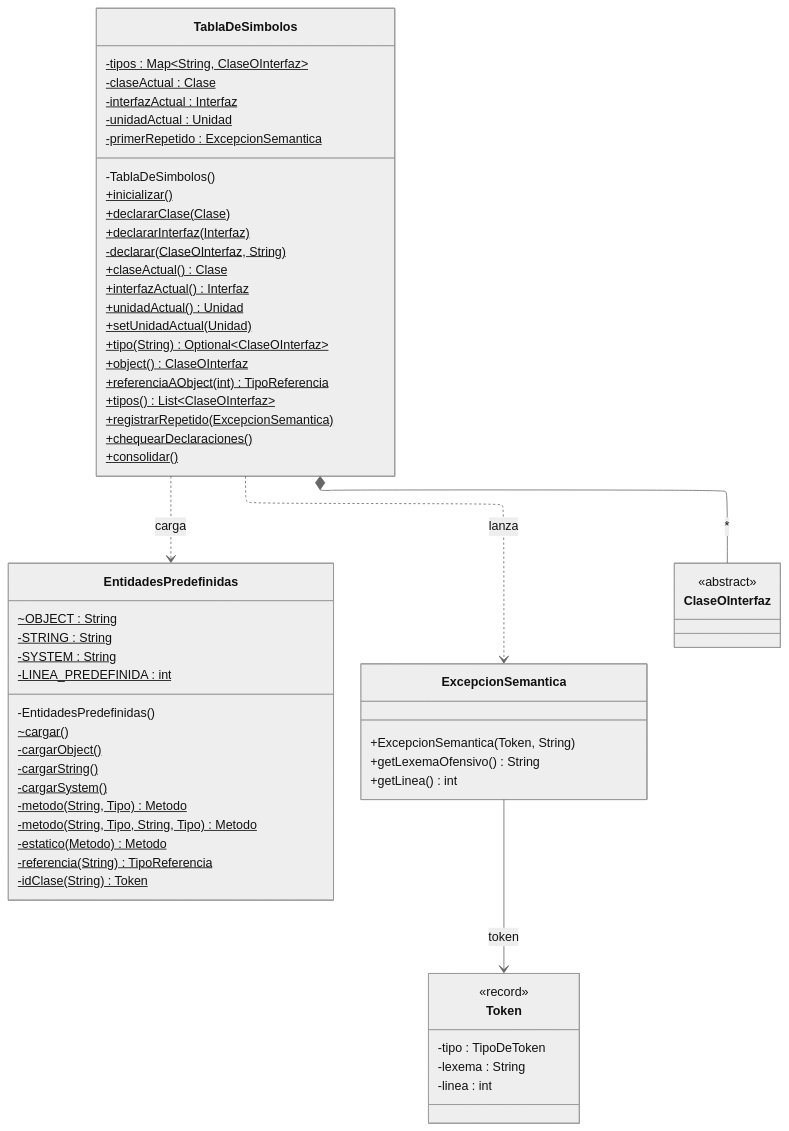
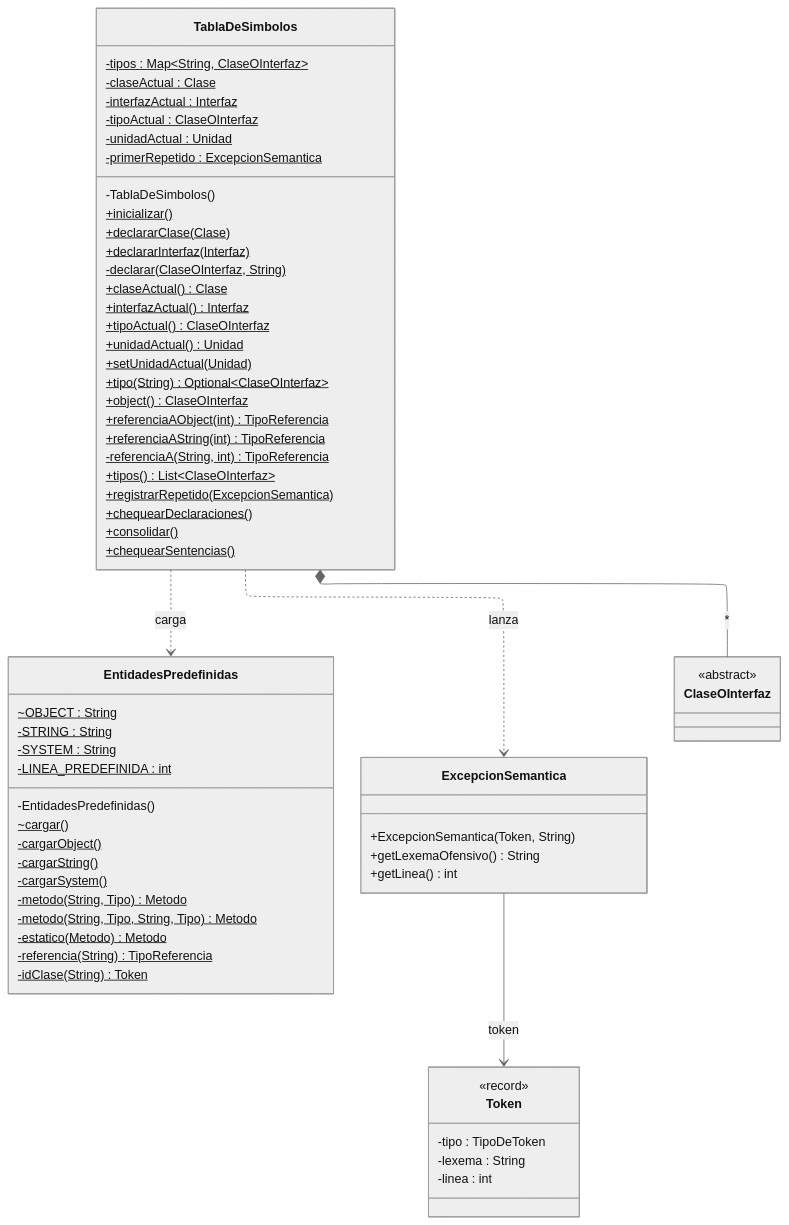
The second of 5 diagrams in documentacion/semantico/arquitectura-del-analizador-semantico.md (agustinpaul0/Proyecto-CEI), drawn with Mermaid (neutral theme) before and after one commit. The commit also changed other lines of this file and 795 other files, not shown here.

````diff
--- a/documentacion/semantico/arquitectura-del-analizador-semantico.md
+++ b/documentacion/semantico/arquitectura-del-analizador-semantico.md
@@ -60,65 +61,70 @@
 ```mermaid
 ---
 config:
   layout: elk
 ---
 classDiagram
     direction TB
     class TablaDeSimbolos {
         -tipos : Map~String, ClaseOInterfaz~$
         -claseActual : Clase$
         -interfazActual : Interfaz$
+        -tipoActual : ClaseOInterfaz$
         -unidadActual : Unidad$
         -primerRepetido : ExcepcionSemantica$
         -TablaDeSimbolos()
         +inicializar()$
         +declararClase(Clase)$
         +declararInterfaz(Interfaz)$
         -declarar(ClaseOInterfaz, String)$
         +claseActual()$ Clase
         +interfazActual()$ Interfaz
+        +tipoActual()$ ClaseOInterfaz
         +unidadActual()$ Unidad
         +setUnidadActual(Unidad)$
         +tipo(String)$ Optional~ClaseOInterfaz~
         +object()$ ClaseOInterfaz
         +referenciaAObject(int)$ TipoReferencia
+        +referenciaAString(int)$ TipoReferencia
+        -referenciaA(String, int)$ TipoReferencia
         +tipos()$ List~ClaseOInterfaz~
         +registrarRepetido(ExcepcionSemantica)$
         +chequearDeclaraciones()$
         +consolidar()$
+        +chequearSentencias()$
     }
     class EntidadesPredefinidas {
         ~OBJECT : String$
         -STRING : String$
         -SYSTEM : String$
         -LINEA_PREDEFINIDA : int$
         -EntidadesPredefinidas()
         ~cargar()$
         -cargarObject()$
         -cargarString()$
         -cargarSystem()$
         -metodo(String, Tipo)$ Metodo
         -metodo(String, Tipo, String, Tipo)$ Metodo
         -estatico(Metodo)$ Metodo
         -referencia(String)$ TipoReferencia
         -idClase(String)$ Token
     }
     class ExcepcionSemantica {
         +ExcepcionSemantica(Token, String)
         +getLexemaOfensivo() String
         +getLinea() int
     }
     class Token {
         <<record>>
         -tipo : TipoDeToken
         -lexema : String
         -linea : int
     }
     class ClaseOInterfaz {
         <<abstract>>
     }
     TablaDeSimbolos *-- ClaseOInterfaz : *
     TablaDeSimbolos ..> EntidadesPredefinidas : carga
     TablaDeSimbolos ..> ExcepcionSemantica : lanza
     ExcepcionSemantica --> Token : token
 ```
````
